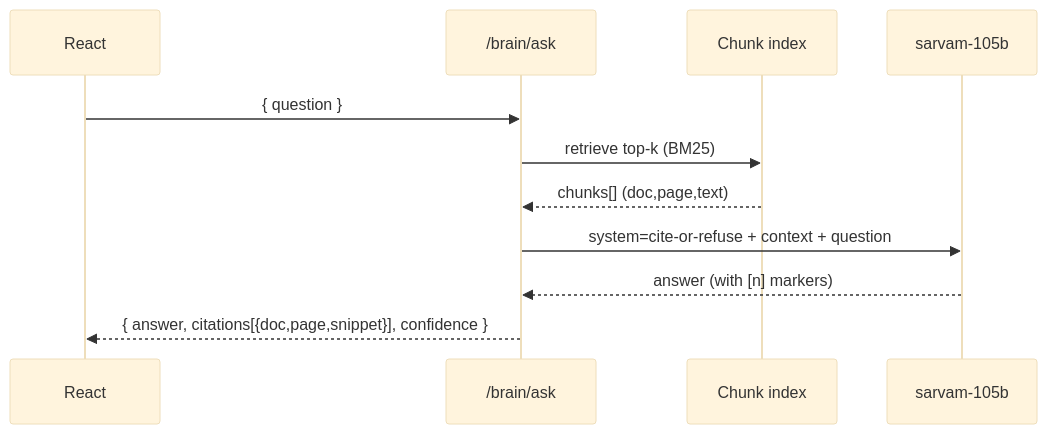
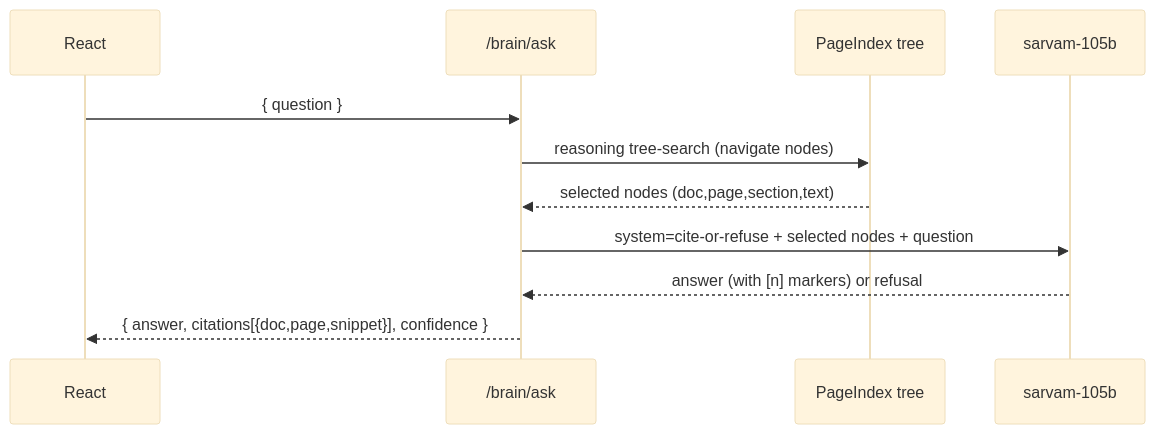
Before and after one commit to k9-007/healthcare-os: the tenth of 22 diagrams in plan.md, drawn with Mermaid (base theme). The commit also changed other lines of this file and 1 other file, not shown here.

First line of the commit message:
Add vision/pitch section + PageIndex (98.6%) for Brain; mentor-ready polish

````diff
--- a/plan.md
+++ b/plan.md
@@ -412,13 +475,13 @@
 ```mermaid
 sequenceDiagram
   participant FE as React
   participant BE as /brain/ask
-  participant IDX as Chunk index
+  participant PI as PageIndex tree
   participant LLM as sarvam-105b
   FE->>BE: { question }
-  BE->>IDX: retrieve top-k (BM25)
-  IDX-->>BE: chunks[] (doc,page,text)
-  BE->>LLM: system=cite-or-refuse + context + question
-  LLM-->>BE: answer (with [n] markers)
+  BE->>PI: reasoning tree-search (navigate nodes)
+  PI-->>BE: selected nodes (doc,page,section,text)
+  BE->>LLM: system=cite-or-refuse + selected nodes + question
+  LLM-->>BE: answer (with [n] markers) or refusal
   BE-->>FE: { answer, citations[{doc,page,snippet}], confidence }
 ```
````
